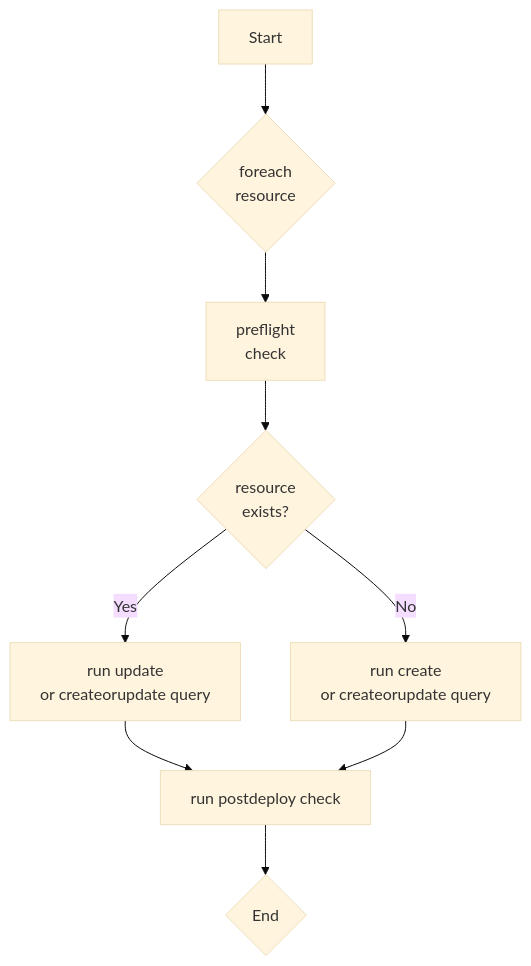
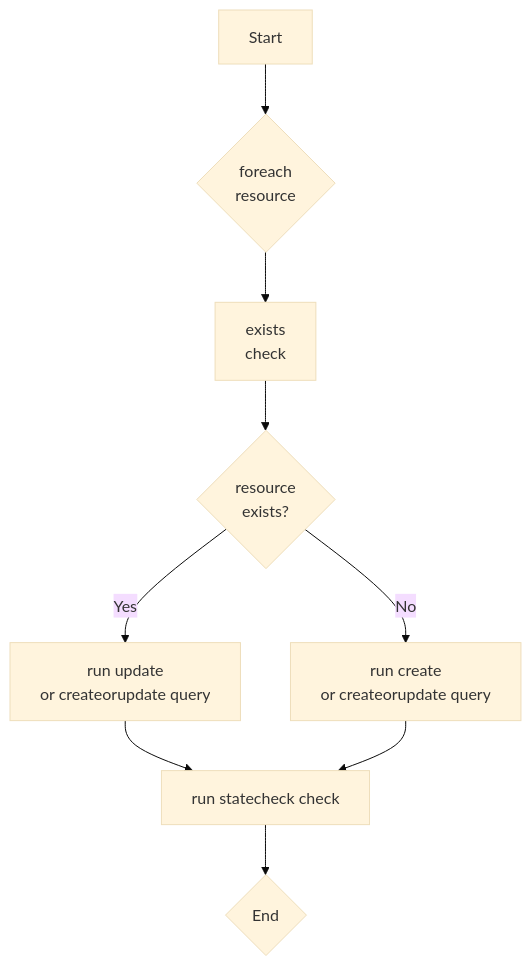
One commit to stackql/stackql-deploy changed the diagram in README.md. Above: the diagram before and after it, drawn with Mermaid (base theme). The commit also changed other lines of this file and 49 other files, not shown here.

````diff
--- a/README.md
+++ b/README.md
@@ -113,11 +116,11 @@
 ```mermaid
 graph TB
     A[Start] --> B{foreach\nresource}
-    B --> C[preflight\ncheck]
+    B --> C[exists\ncheck]
     C --> D{resource\nexists?}
     D -- Yes --> E[run update\nor createorupdate query]
     D -- No --> F[run create\nor createorupdate query]
-    E --> G[run postdeploy check]
+    E --> G[run statecheck check]
     F --> G
     G --> H{End}
 ```
````
